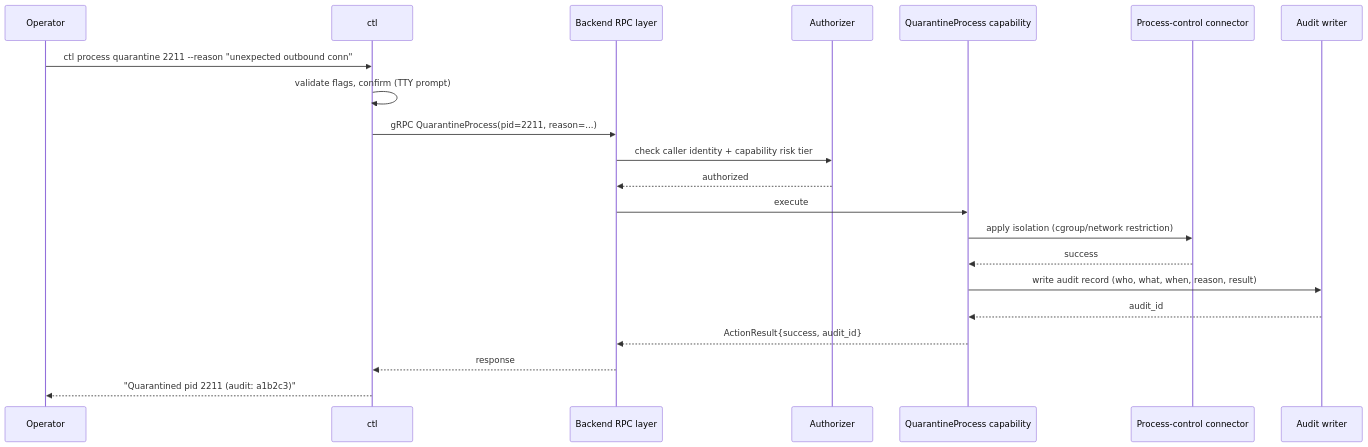
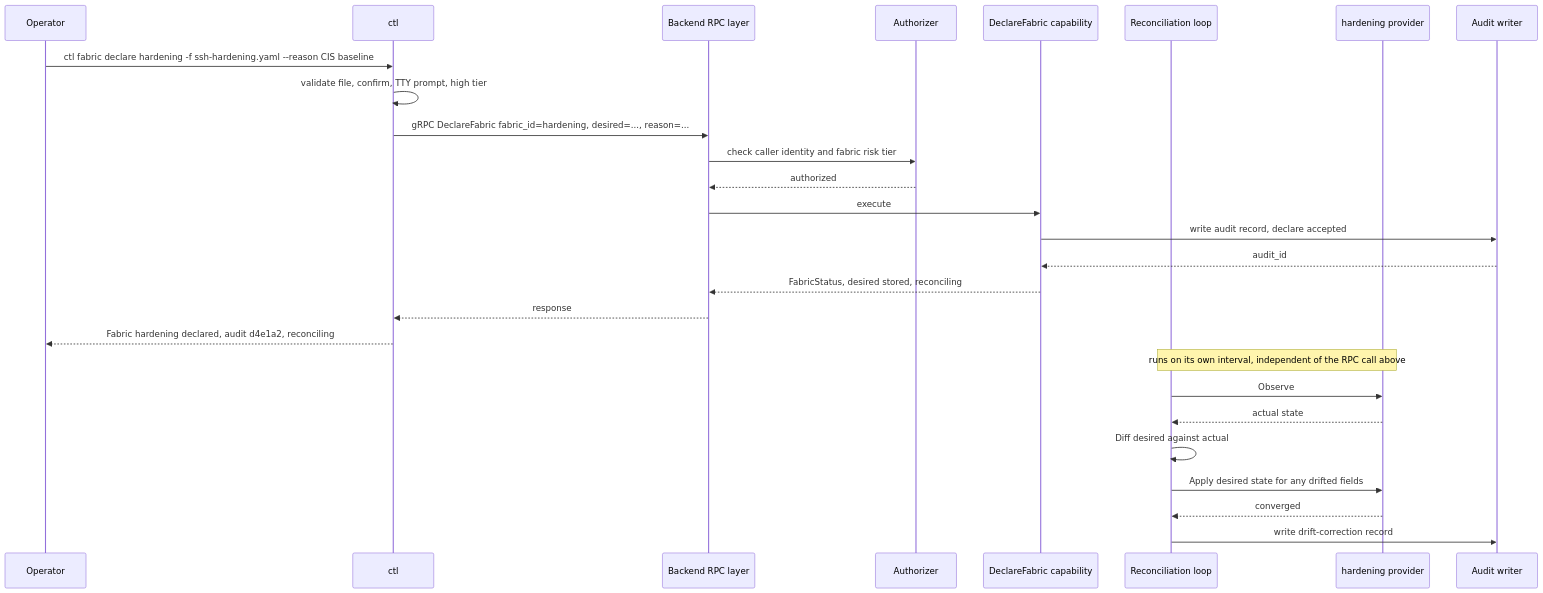
One commit to pardhuvarmax/kernel-borderlands changed the sixth of 9 diagrams in docs/emergency-backup/kb-op.md. Above: the diagram before and after it, drawn with Mermaid. The commit also changed other lines of this file, not shown here.

````diff
--- a/docs/emergency-backup/kb-op.md
+++ b/docs/emergency-backup/kb-op.md
@@ -610,24 +915,30 @@
 ```mermaid
 sequenceDiagram
     participant U as Operator
     participant CTL as ctl
     participant API as Backend RPC layer
     participant AZ as Authorizer
-    participant CORE as QuarantineProcess capability
-    participant CONN as Process-control connector
+    participant CORE as DeclareFabric capability
+    participant RECON as Reconciliation loop
+    participant PROV as hardening provider
     participant AUD as Audit writer
 
-    U->>CTL: ctl process quarantine 2211 --reason "unexpected outbound conn"
-    CTL->>CTL: validate flags, confirm (TTY prompt)
-    CTL->>API: gRPC QuarantineProcess(pid=2211, reason=...)
-    API->>AZ: check caller identity + capability risk tier
+    U->>CTL: ctl fabric declare hardening -f ssh-hardening.yaml --reason CIS baseline
+    CTL->>CTL: validate file, confirm, TTY prompt, high tier
+    CTL->>API: gRPC DeclareFabric fabric_id=hardening, desired=..., reason=...
+    API->>AZ: check caller identity and fabric risk tier
     AZ-->>API: authorized
     API->>CORE: execute
-    CORE->>CONN: apply isolation (cgroup/network restriction)
-    CONN-->>CORE: success
-    CORE->>AUD: write audit record (who, what, when, reason, result)
+    CORE->>AUD: write audit record, declare accepted
     AUD-->>CORE: audit_id
-    CORE-->>API: ActionResult{success, audit_id}
+    CORE-->>API: FabricStatus, desired stored, reconciling
     API-->>CTL: response
-    CTL-->>U: "Quarantined pid 2211 (audit: a1b2c3)"
+    CTL-->>U: Fabric hardening declared, audit d4e1a2, reconciling
+    Note over RECON,PROV: runs on its own interval, independent of the RPC call above
+    RECON->>PROV: Observe
+    PROV-->>RECON: actual state
+    RECON->>RECON: Diff desired against actual
+    RECON->>PROV: Apply desired state for any drifted fields
+    PROV-->>RECON: converged
+    RECON->>AUD: write drift-correction record
 ```
````
